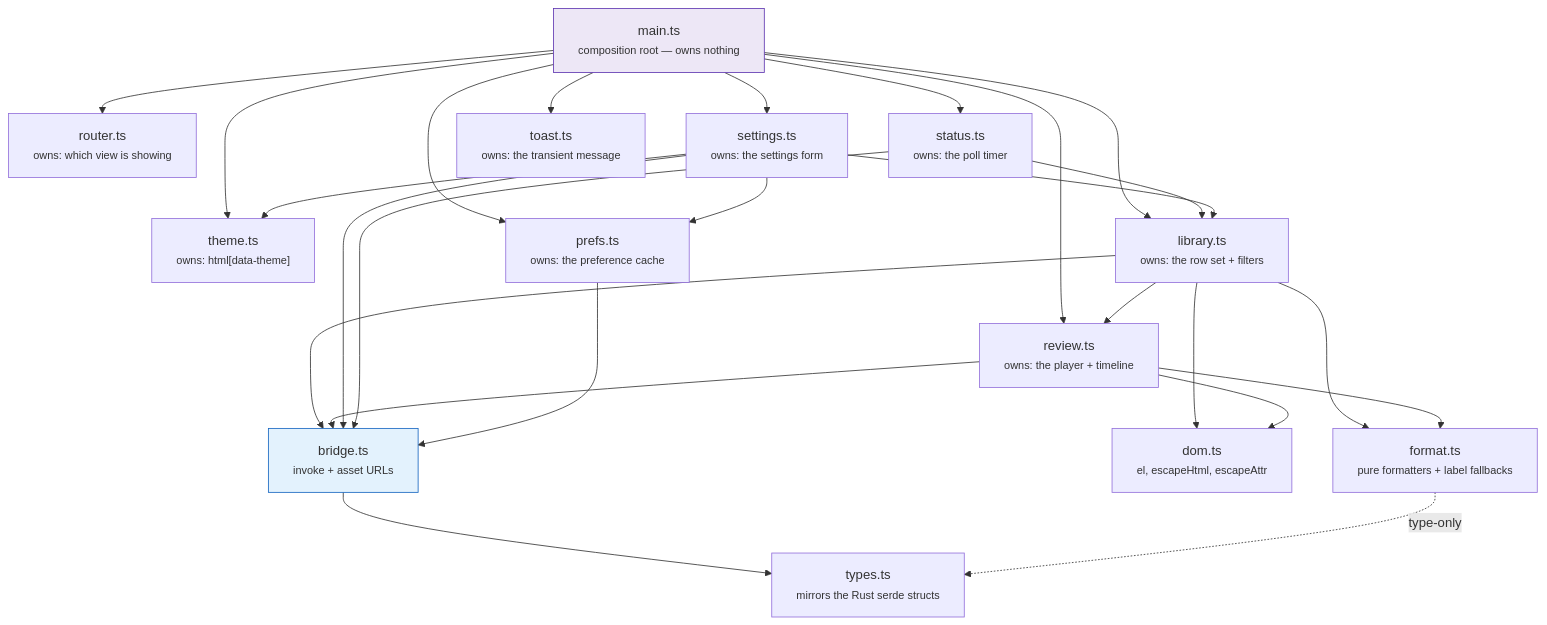
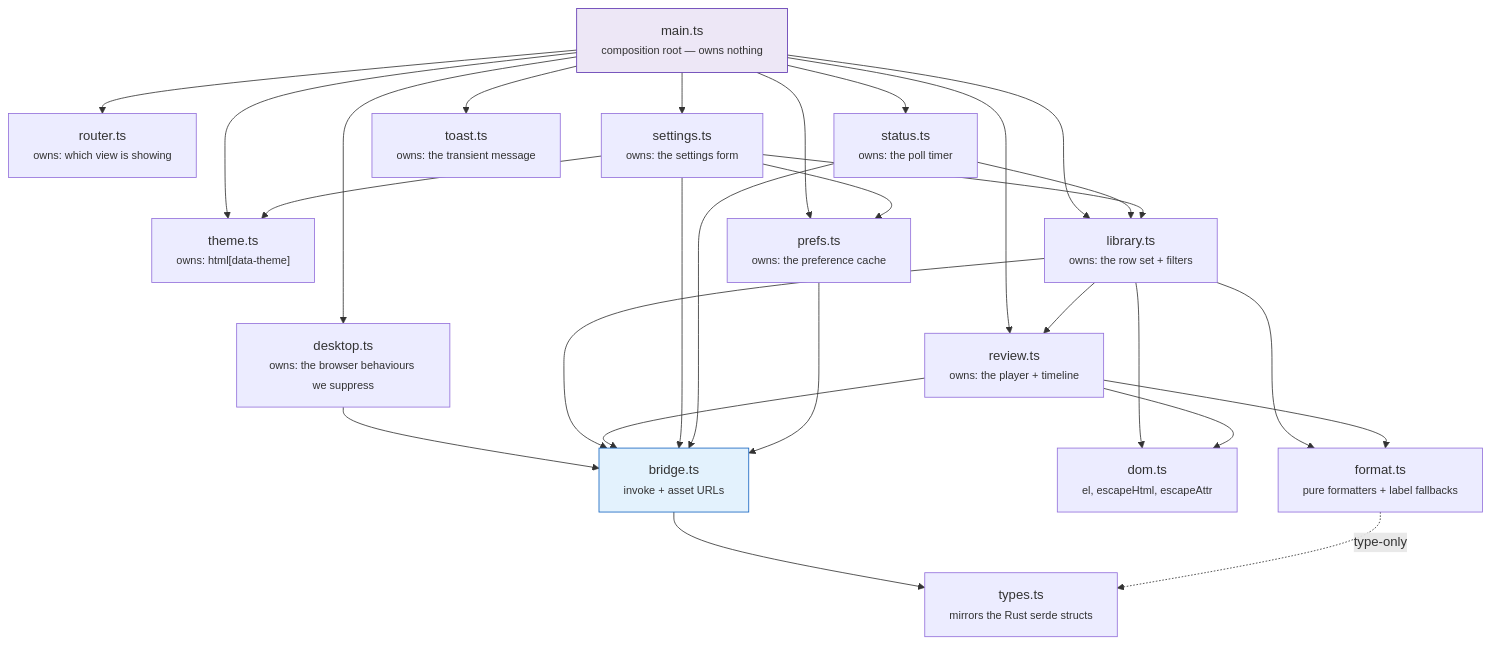
Before and after one commit to NinjaGoldfinch/ninja-recorder: the first of 4 diagrams in docs/frontend.md, drawn with Mermaid. The commit also changed other lines of this file and 6 other files, not shown here.

````diff
--- a/docs/frontend.md
+++ b/docs/frontend.md
@@ -13,43 +13,46 @@
 ```mermaid
 flowchart TB
     MAIN["main.ts<br/><small>composition root — owns nothing</small>"]
     ROUTER["router.ts<br/><small>owns: which view is showing</small>"]
     THEME["theme.ts<br/><small>owns: html[data-theme]</small>"]
     PREFS["prefs.ts<br/><small>owns: the preference cache</small>"]
     STATUS["status.ts<br/><small>owns: the poll timer</small>"]
     LIB["library.ts<br/><small>owns: the row set + filters</small>"]
     REVIEW["review.ts<br/><small>owns: the player + timeline</small>"]
     SETTINGS["settings.ts<br/><small>owns: the settings form</small>"]
     TOAST["toast.ts<br/><small>owns: the transient message</small>"]
+    DESK["desktop.ts<br/><small>owns: the browser behaviours we suppress</small>"]
     BRIDGE["bridge.ts<br/><small>invoke + asset URLs</small>"]
     DOM["dom.ts<br/><small>el, escapeHtml, escapeAttr</small>"]
     FMT["format.ts<br/><small>pure formatters + label fallbacks</small>"]
     TYPES["types.ts<br/><small>mirrors the Rust serde structs</small>"]
 
     MAIN --> ROUTER
     MAIN --> THEME
     MAIN --> PREFS
     MAIN --> STATUS
     MAIN --> LIB
     MAIN --> REVIEW
     MAIN --> SETTINGS
     MAIN --> TOAST
+    MAIN --> DESK
+    DESK --> BRIDGE
     STATUS --> LIB
     SETTINGS --> LIB
     SETTINGS --> THEME
     SETTINGS --> PREFS
     LIB --> REVIEW
     LIB --> BRIDGE
     REVIEW --> BRIDGE
     SETTINGS --> BRIDGE
     STATUS --> BRIDGE
     PREFS --> BRIDGE
     LIB --> FMT
     REVIEW --> FMT
     LIB --> DOM
     REVIEW --> DOM
     BRIDGE --> TYPES
     FMT -.->|"type-only"| TYPES
     style MAIN fill:#ede7f6,stroke:#5e35b1
     style BRIDGE fill:#e3f2fd,stroke:#1565c0
 ```
````
